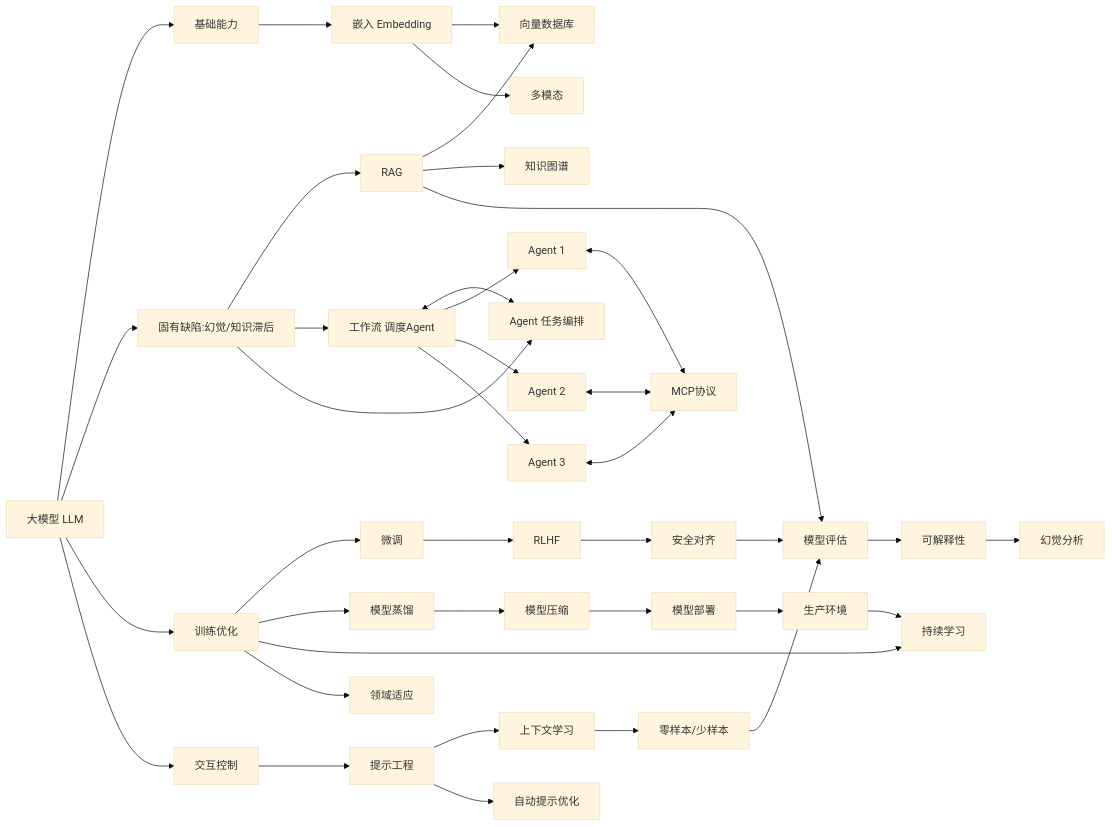
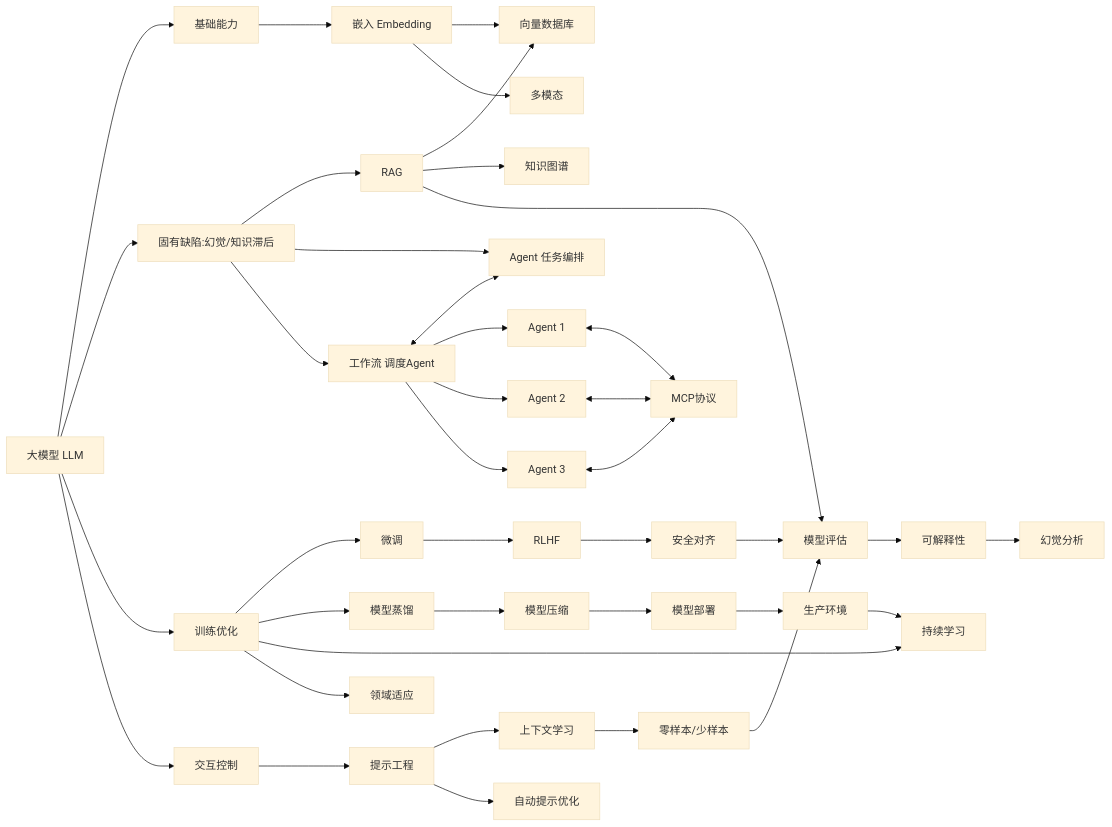
The first of 2 diagrams in note/11.ai/llm/concept/README.md (wb04307201/wb04307201), drawn with Mermaid (base theme) before and after one commit. The commit also changed other lines of this file and 1 other file, not shown here.

````diff
--- a/note/11.ai/llm/concept/README.md
+++ b/note/11.ai/llm/concept/README.md
@@ -118,29 +117,29 @@
 ```mermaid
 graph LR
 A[大模型 LLM] --> B[基础能力]
 A --> C[固有缺陷:幻觉/知识滞后]
 B --> D[嵌入 Embedding]
 D --> E[向量数据库]
 D --> F[多模态]
 C --> G[RAG] --> E
+C --> IT[Agent 任务编排]
 C --> H[工作流 调度Agent]
-C --> I0[Agent 任务编排]
-H <--> I0
+H <--> IT
 H --> I1[Agent 1]
 H --> I2[Agent 2]
 H --> I3[Agent 3]
 I1 <--> J[MCP协议]
 I2 <--> J
 I3 <--> J
 G --> K[知识图谱]
 A --> L[训练优化]
 L --> M[微调] --> N[RLHF] --> O[安全对齐]
 L --> P[模型蒸馏] --> Q[模型压缩] --> R[模型部署]
 L --> S[持续学习] & T[领域适应]
 A --> U[交互控制]
 U --> V[提示工程] --> W[上下文学习] --> X[零样本/少样本]
 V --> Y[自动提示优化]
 O & X & G --> Z[模型评估]
 Z --> AA[可解释性] --> AB[幻觉分析]
 R --> AC[生产环境] --> S
 ```
````
